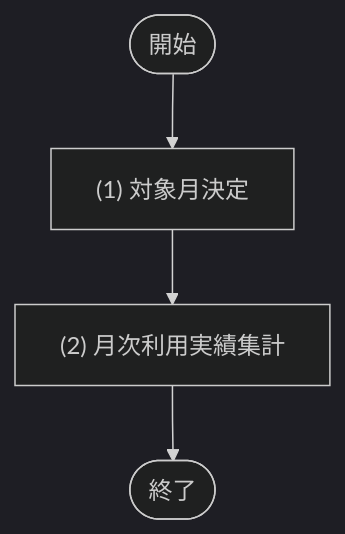
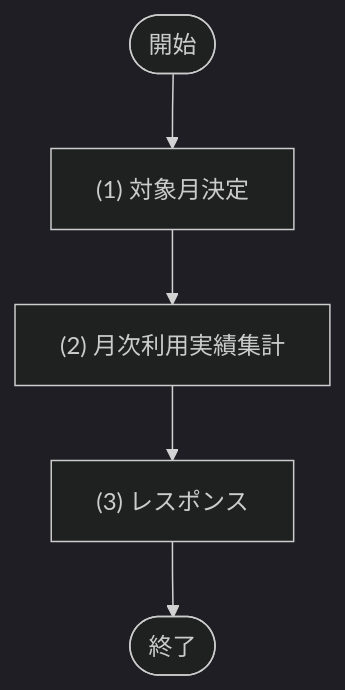
Before and after one commit to sikakou54/system-document-template: the diagram in docs/02_機能設計/04_JOB設計/JOB-003_月次利用実績集計.md, drawn with Mermaid (dark theme). The commit also changed other lines of this file and 35 other files, not shown here.

````diff
--- a/docs/02_機能設計/04_JOB設計/JOB-003_月次利用実績集計.md
+++ b/docs/02_機能設計/04_JOB設計/JOB-003_月次利用実績集計.md
@@ -33,9 +33,10 @@
 ```mermaid
 flowchart TD
   Start([開始])
   P1["(1) 対象月決定"]
   P2["(2) 月次利用実績集計"]
+  P3["(3) レスポンス"]
   End([終了])
 
-  Start --> P1 --> P2 --> End
+  Start --> P1 --> P2 --> P3 --> End
 ```
````
